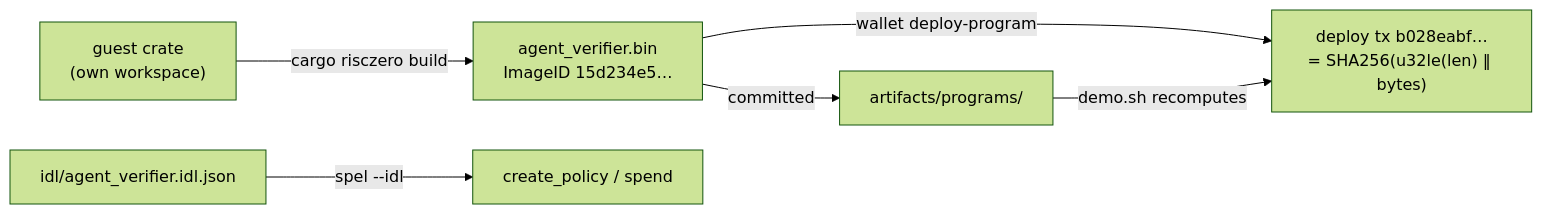
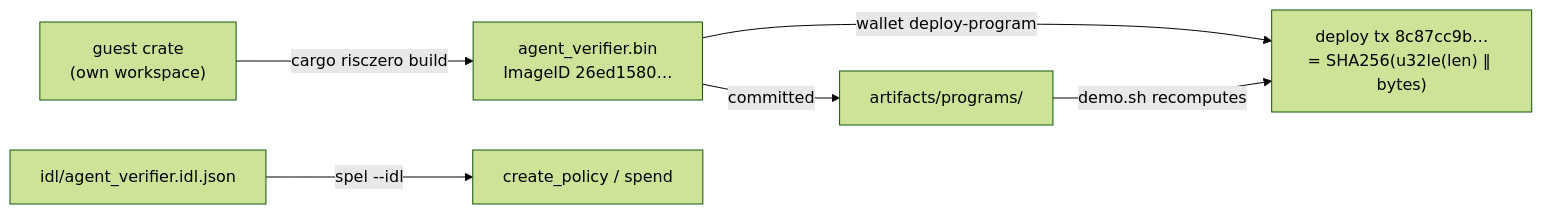
One commit to edenbd1/lp-0008-autonomous-agent-module changed the fifth of 5 diagrams in docs/architecture.md. Above: the diagram before and after it, drawn with Mermaid (forest theme). The commit also changed other lines of this file and 4 other files, not shown here.

````diff
--- a/docs/architecture.md
+++ b/docs/architecture.md
@@ -323,8 +342,8 @@
 ```mermaid
 flowchart LR
-    G["guest crate<br/>(own workspace)"] -->|cargo risczero build| ELF["agent_verifier.bin<br/>ImageID 15d234e5…"]
-    ELF -->|wallet deploy-program| TX["deploy tx b028eabf…<br/>= SHA256(u32le(len) ‖ bytes)"]
+    G["guest crate<br/>(own workspace)"] -->|cargo risczero build| ELF["agent_verifier.bin<br/>ImageID 26ed1580…"]
+    ELF -->|wallet deploy-program| TX["deploy tx 8c87cc9b…<br/>= SHA256(u32le(len) ‖ bytes)"]
     ELF -->|committed| ART["artifacts/programs/"]
     ART -->|demo.sh recomputes| TX
     IDL["idl/agent_verifier.idl.json"] -->|spel --idl| CALL["create_policy / spend"]
 ```
````
